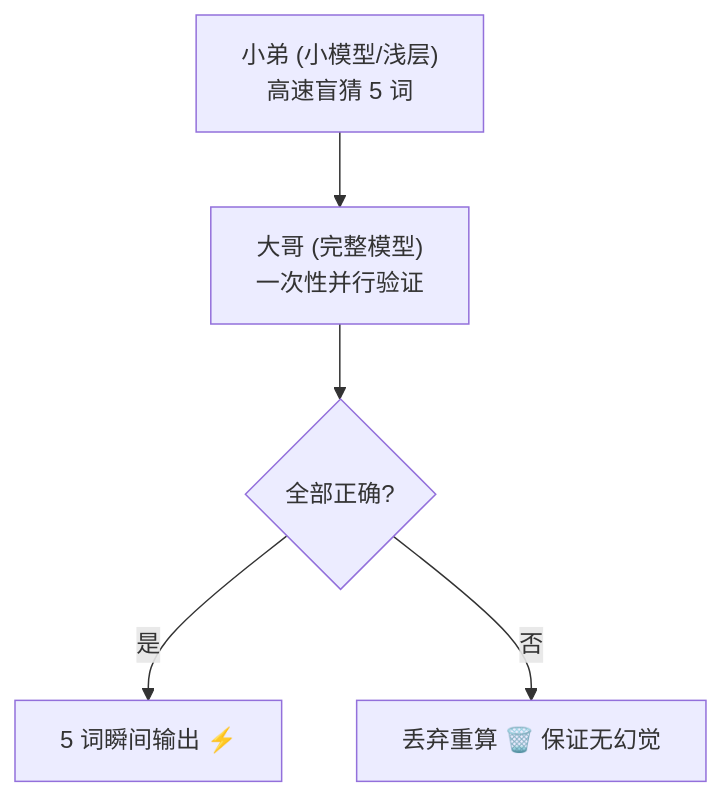
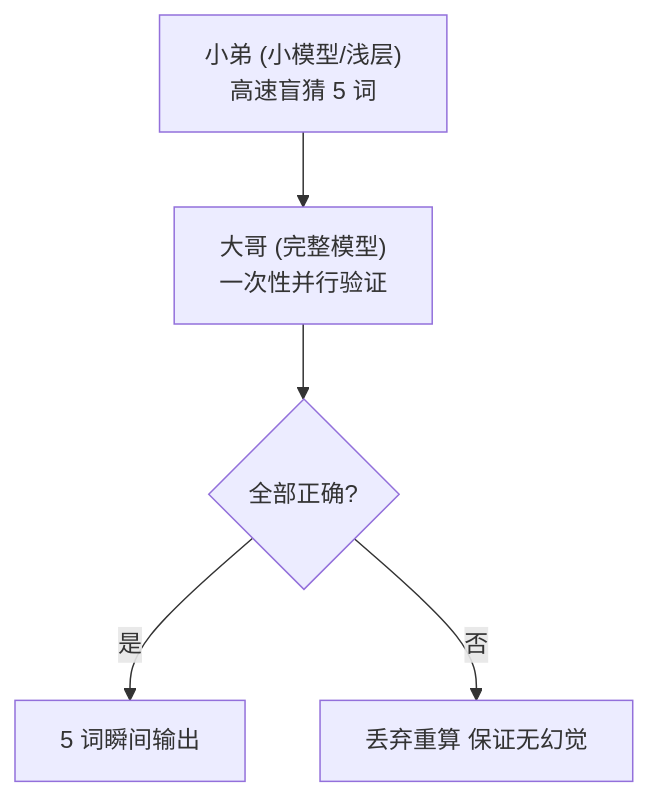
The eighth of 8 diagrams in source/_posts/AI/2026-08-08_大模型推理与缓存机制.md (imjcw/imjcw.github.io), drawn with Mermaid before and after one commit. The commit also changed other lines of this file and 11 other files, not shown here.

````diff
--- a/source/_posts/AI/2026-08-08_大模型推理与缓存机制.md
+++ b/source/_posts/AI/2026-08-08_大模型推理与缓存机制.md
@@ -137,7 +137,7 @@
 ```mermaid
 flowchart TD
     A["小弟 (小模型/浅层)<br/>高速盲猜 5 词"] --> B["大哥 (完整模型)<br/>一次性并行验证"]
     B --> C{"全部正确?"}
-    C -- 是 --> D["5 词瞬间输出 ⚡"]
-    C -- 否 --> E["丢弃重算 🗑️ 保证无幻觉"]
+    C -- 是 --> D["5 词瞬间输出"]
+    C -- 否 --> E["丢弃重算 保证无幻觉"]
 ```
````
